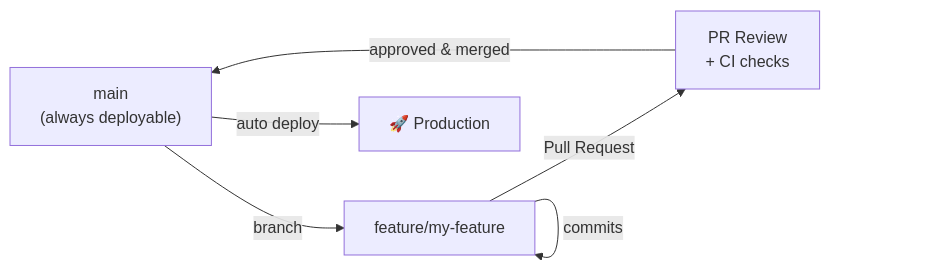
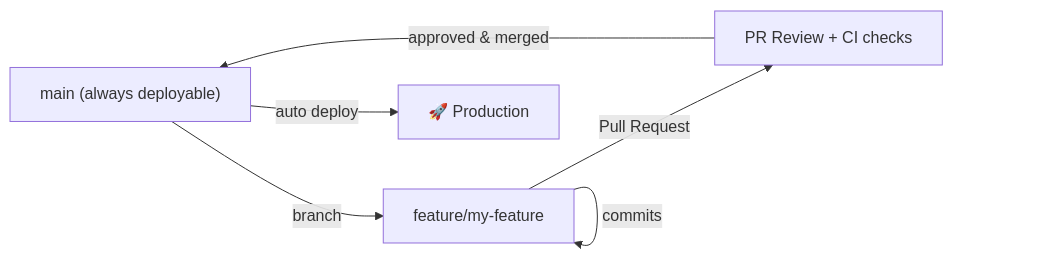
The third of 4 diagrams in git.md (naveenkumar1661997/notes), drawn with Mermaid before and after one commit. The commit also changed other lines of this file and 12 other files, not shown here.

```diff
--- a/git.md
+++ b/git.md
@@ -119,9 +119,9 @@
 <pre class="mermaid">
 flowchart LR
-    MAIN["main\n(always deployable)"]
+    MAIN["main (always deployable)"]
     MAIN -->|branch| FEAT["feature/my-feature"]
     FEAT -->|commits| FEAT
-    FEAT -->|Pull Request| PR["PR Review\n+ CI checks"]
+    FEAT -->|Pull Request| PR["PR Review + CI checks"]
     PR -->|approved & merged| MAIN
     MAIN -->|auto deploy| PROD["🚀 Production"]
 </pre>
```
